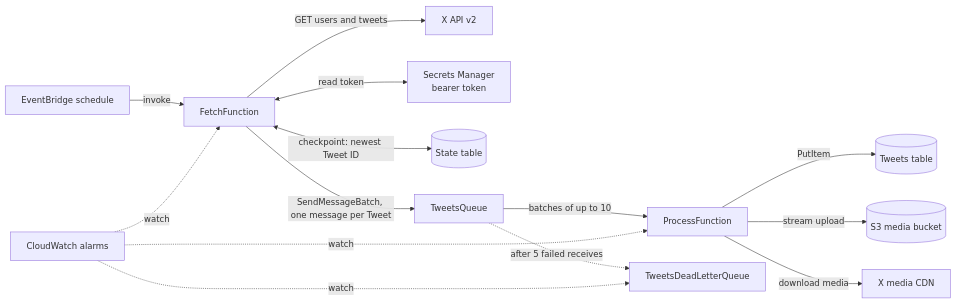
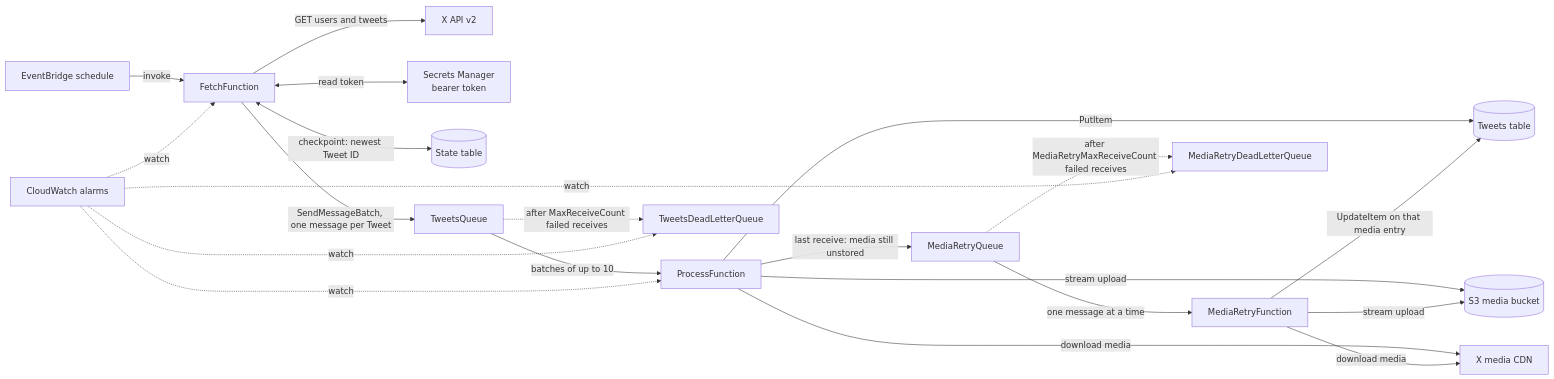
One commit to evonnec/twitter_timeline_data_pipeline changed the diagram in README.md. Above: the diagram before and after it, drawn with Mermaid. The commit also changed other lines of this file and 17 other files, not shown here.

First line of the commit message:
Retry failing media through a dedicated queue instead of dropping it

````diff
--- a/README.md
+++ b/README.md
@@ -18,16 +18,23 @@
 ```mermaid
 flowchart LR
     EB[EventBridge schedule] -->|invoke| F[FetchFunction]
     F -->|GET users and tweets| X[X API v2]
     F <-->|read token| SM[Secrets Manager<br/>bearer token]
     F <-->|checkpoint: newest Tweet ID| ST[(State table)]
     F -->|SendMessageBatch, one message per Tweet| Q[TweetsQueue]
     Q -->|batches of up to 10| P[ProcessFunction]
-    Q -.->|after 5 failed receives| DLQ[TweetsDeadLetterQueue]
+    Q -.->|after MaxReceiveCount failed receives| DLQ[TweetsDeadLetterQueue]
     P -->|PutItem| TT[(Tweets table)]
     P -->|stream upload| S3[(S3 media bucket)]
     P -->|download media| CDN[X media CDN]
+    P -->|last receive: media still unstored| RQ[MediaRetryQueue]
+    RQ -->|one message at a time| R[MediaRetryFunction]
+    RQ -.->|after MediaRetryMaxReceiveCount failed receives| RDLQ[MediaRetryDeadLetterQueue]
+    R -->|UpdateItem on that media entry| TT
+    R -->|stream upload| S3
+    R -->|download media| CDN
     CW[CloudWatch alarms] -.->|watch| DLQ
+    CW -.->|watch| RDLQ
     CW -.->|watch| F
     CW -.->|watch| P
 ```
````
